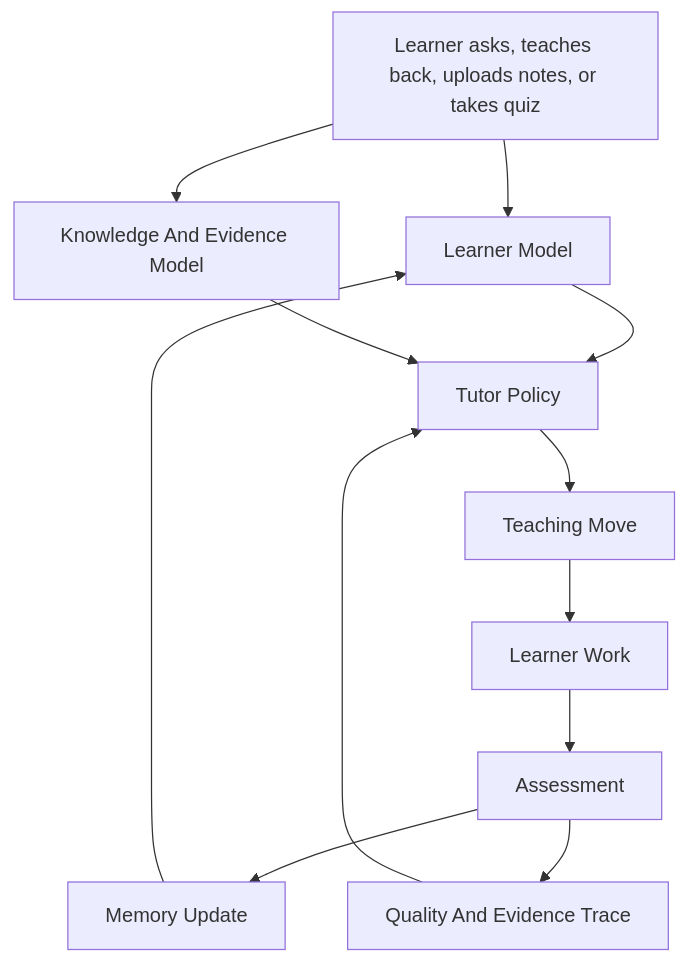
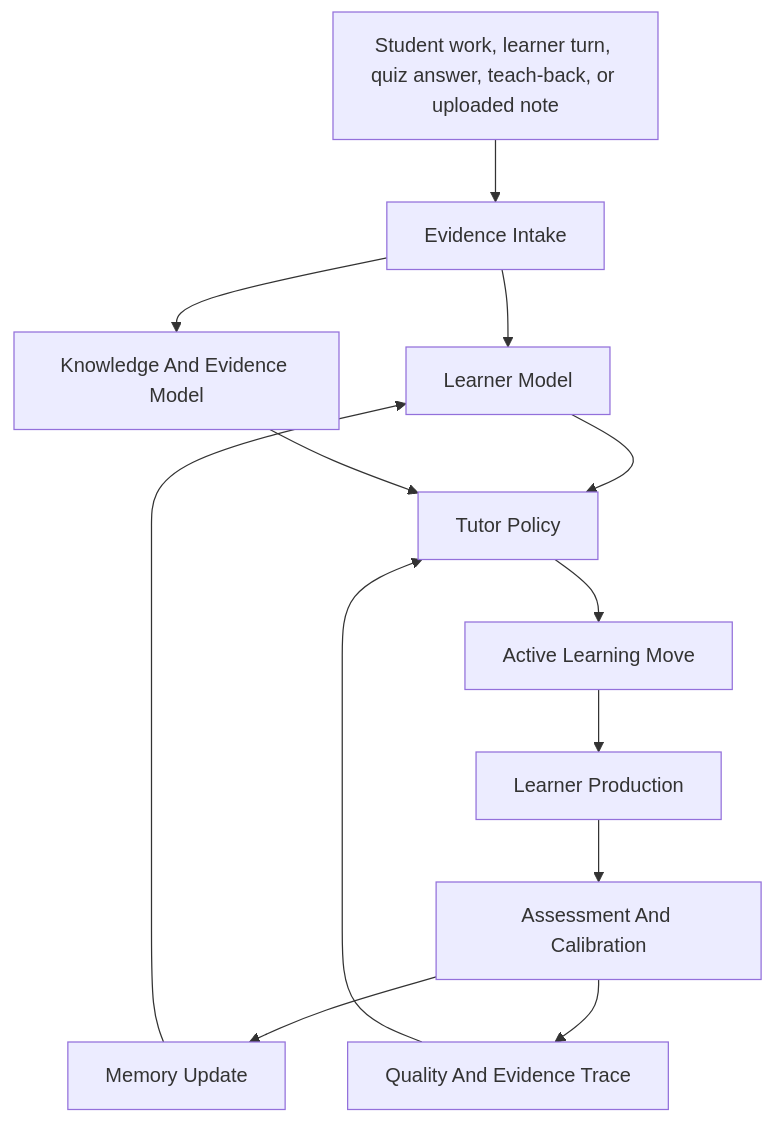
The second of 4 diagrams in docs/tutor-system-architecture.md (Vikaash-dev/neuro-tutoe), drawn with Mermaid before and after one commit. The commit also changed other lines of this file, not shown here.

Commit message:
Refine tutor system active-learning architecture

````diff
--- a/docs/tutor-system-architecture.md
+++ b/docs/tutor-system-architecture.md
@@ -47,14 +104,15 @@
 ```mermaid
 flowchart TD
-  A["Learner asks, teaches back, uploads notes, or takes quiz"] --> B["Learner Model"]
-  A --> C["Knowledge And Evidence Model"]
-  B --> D["Tutor Policy"]
-  C --> D
-  D --> E["Teaching Move"]
-  E --> F["Learner Work"]
-  F --> G["Assessment"]
-  G --> H["Memory Update"]
-  G --> I["Quality And Evidence Trace"]
-  H --> B
-  I --> D
+  A["Student work, learner turn, quiz answer, teach-back, or uploaded note"] --> B["Evidence Intake"]
+  B --> C["Learner Model"]
+  B --> D["Knowledge And Evidence Model"]
+  C --> E["Tutor Policy"]
+  D --> E
+  E --> F["Active Learning Move"]
+  F --> G["Learner Production"]
+  G --> H["Assessment And Calibration"]
+  H --> I["Memory Update"]
+  H --> J["Quality And Evidence Trace"]
+  I --> C
+  J --> E
 ```
````
